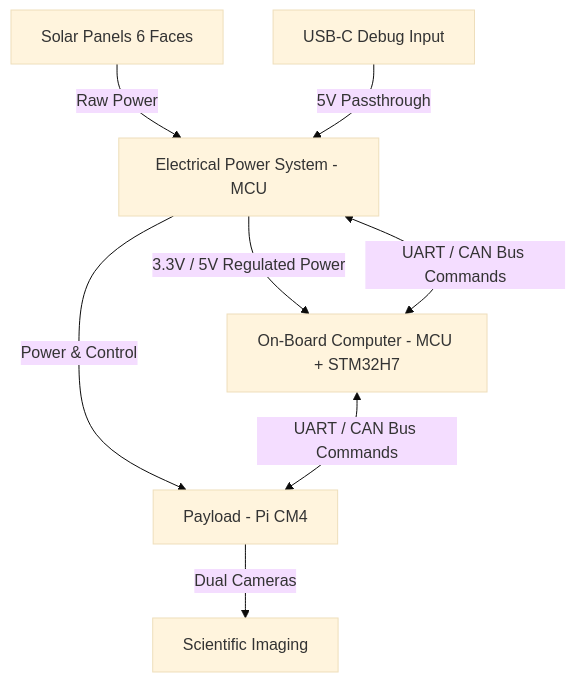
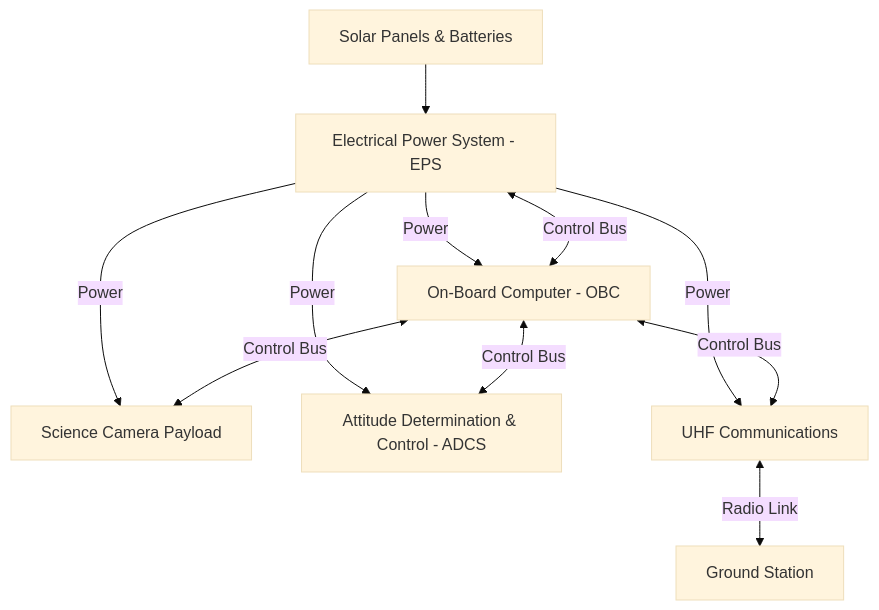
The diagram in README.md (OSUSat/cubesat), drawn with Mermaid (base theme) before and after one commit. The commit also changed other lines of this file, not shown here.

````diff
--- a/README.md
+++ b/README.md
@@ -25,10 +22,16 @@
 ```mermaid
 graph TD
-    Solar[Solar Panels 6 Faces] -->|Raw Power| EPS[Electrical Power System - MCU]
-    USB[USB-C Debug Input] -->|5V Passthrough| EPS
-    EPS -->|3.3V / 5V Regulated Power| OBC[On-Board Computer - MCU + STM32H7]
-    EPS -->|Power & Control| Payload[Payload - Pi CM4]
-    OBC <-->|UART / CAN Bus Commands| EPS
-    OBC <-->|UART / CAN Bus Commands| Payload
-    Payload -->|Dual Cameras| Sensors[Scientific Imaging]
+    Solar[Solar Panels & Batteries] --> EPS[Electrical Power System - EPS]
+
+    EPS -->|Power| OBC[On-Board Computer - OBC]
+    EPS -->|Power| Payload[Science Camera Payload]
+    EPS -->|Power| ADCS[Attitude Determination & Control - ADCS]
+    EPS -->|Power| Comms[UHF Communications]
+
+    OBC <-->|Control Bus| EPS
+    OBC <-->|Control Bus| Payload
+    OBC <-->|Control Bus| ADCS
+    OBC <-->|Control Bus| Comms
+
+    Comms <-->|Radio Link| Ground[Ground Station]
 ```
````
